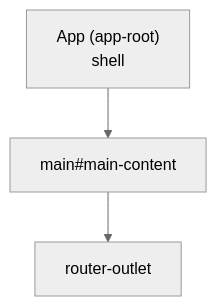
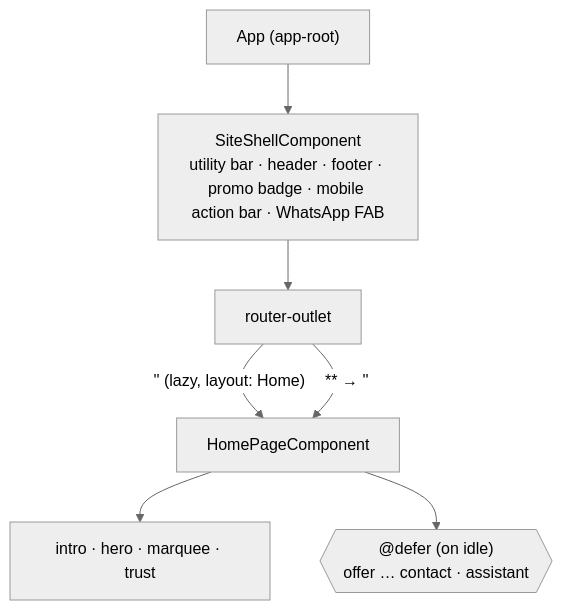
The diagram in docs/architecture/component-tree.md (RaviAkhouri30/taalyatra), drawn with Mermaid (neutral theme) before and after one commit. The commit also changed other lines of this file and 368 other files, not shown here.

Commit message:
release home page

````diff
--- a/docs/architecture/component-tree.md
+++ b/docs/architecture/component-tree.md
@@ -5,5 +5,9 @@
 ```mermaid
 flowchart TD
-  App["App (app-root)<br/>shell"] --> Main["main#main-content"]
-  Main --> RO["router-outlet"]
+  App["App (app-root)"] --> Shell["SiteShellComponent<br/>utility bar · header · footer · promo badge · mobile action bar · WhatsApp FAB"]
+  Shell --> RO["router-outlet"]
+  RO -->|"'' (lazy, layout: Home)"| Home["HomePageComponent"]
+  RO -->|"** → ''"| Home
+  Home --> Eager["intro · hero · marquee · trust"]
+  Home --> Deferred{{"@defer (on idle)<br/>offer … contact · assistant"}}
 ```
````
